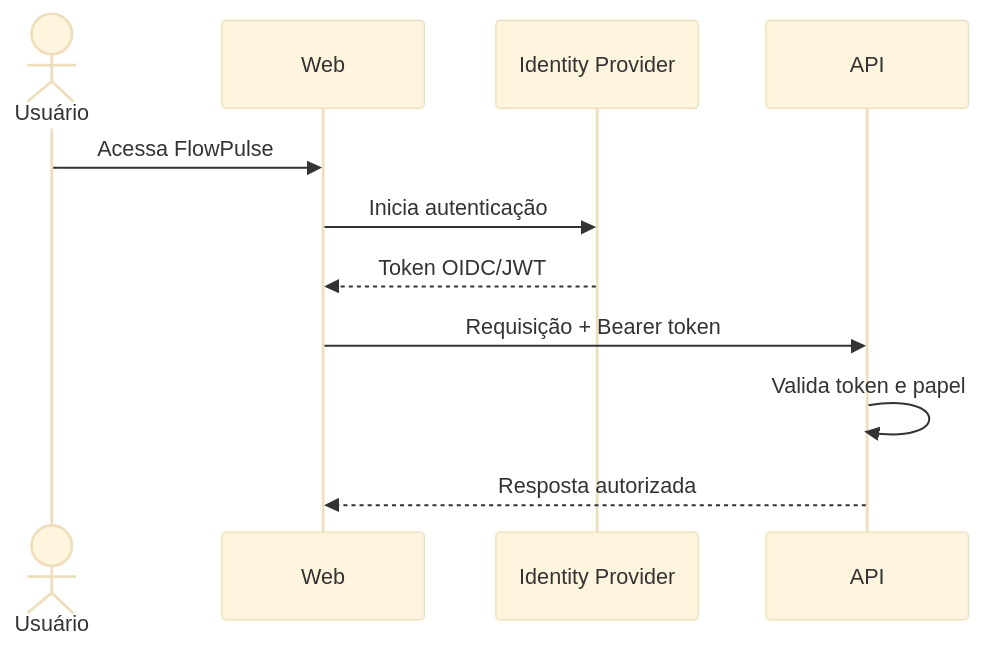
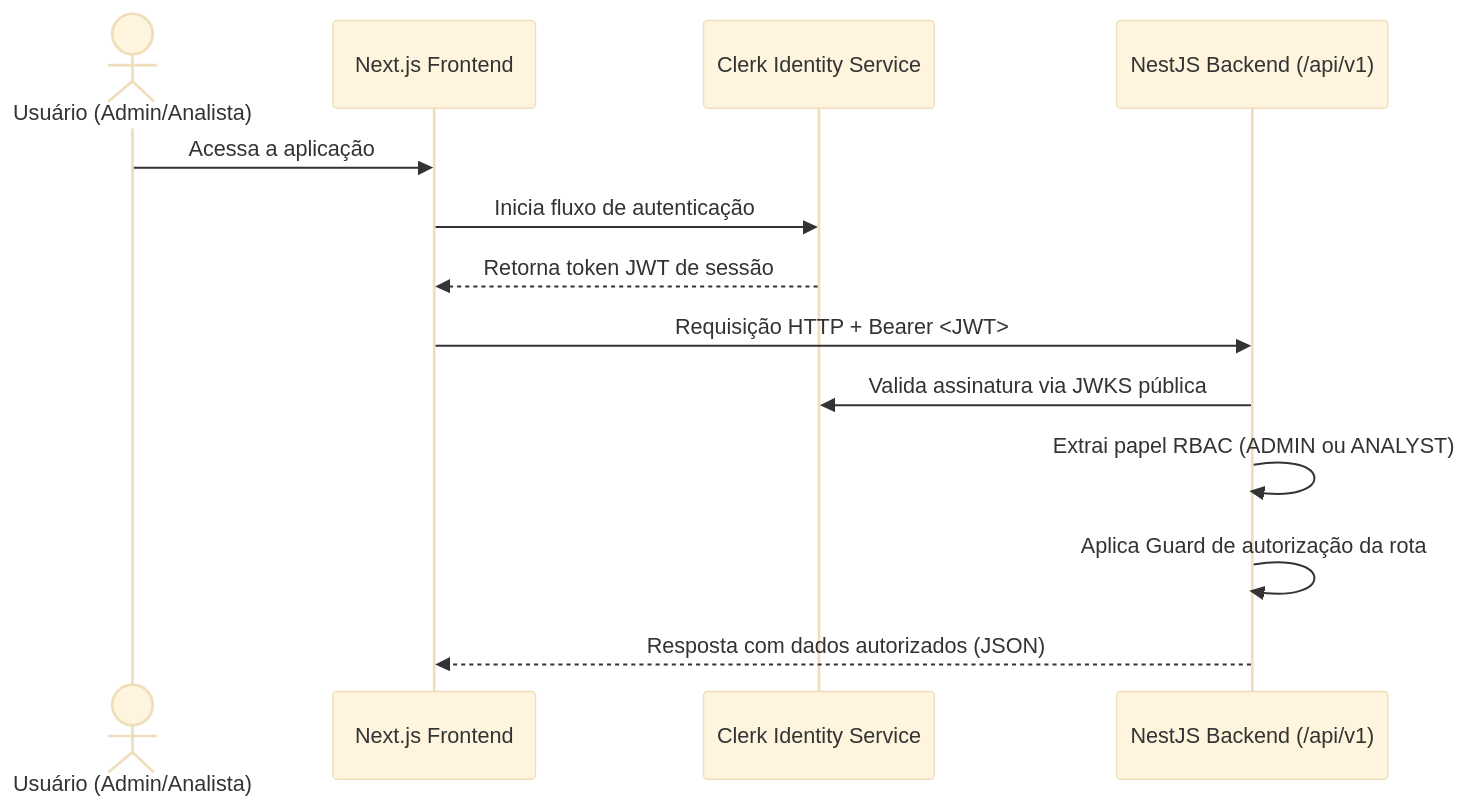
The third of 3 diagrams in docs/architecture.md (DomBarretone/flowpulse), drawn with Mermaid (base theme) before and after one commit. The commit also changed other lines of this file and 5 other files, not shown here.

````diff
--- a/docs/architecture.md
+++ b/docs/architecture.md
@@ -383,14 +257,16 @@
 ```mermaid
 sequenceDiagram
-    actor U as Usuário
-    participant W as Web
-    participant I as Identity Provider
-    participant A as API
+    actor User as Usuário (Admin/Analista)
+    participant Web as Next.js Frontend
+    participant Clerk as Clerk Identity Service
+    participant API as NestJS Backend (/api/v1)
 
-    U->>W: Acessa FlowPulse
-    W->>I: Inicia autenticação
-    I-->>W: Token OIDC/JWT
-    W->>A: Requisição + Bearer token
-    A->>A: Valida token e papel
-    A-->>W: Resposta autorizada
+    User->>Web: Acessa a aplicação
+    Web->>Clerk: Inicia fluxo de autenticação
+    Clerk-->>Web: Retorna token JWT de sessão
+    Web->>API: Requisição HTTP + Bearer <JWT>
+    API->>Clerk: Valida assinatura via JWKS pública
+    API->>API: Extrai papel RBAC (ADMIN ou ANALYST)
+    API->>API: Aplica Guard de autorização da rota
+    API-->>Web: Resposta com dados autorizados (JSON)
 ```
````
